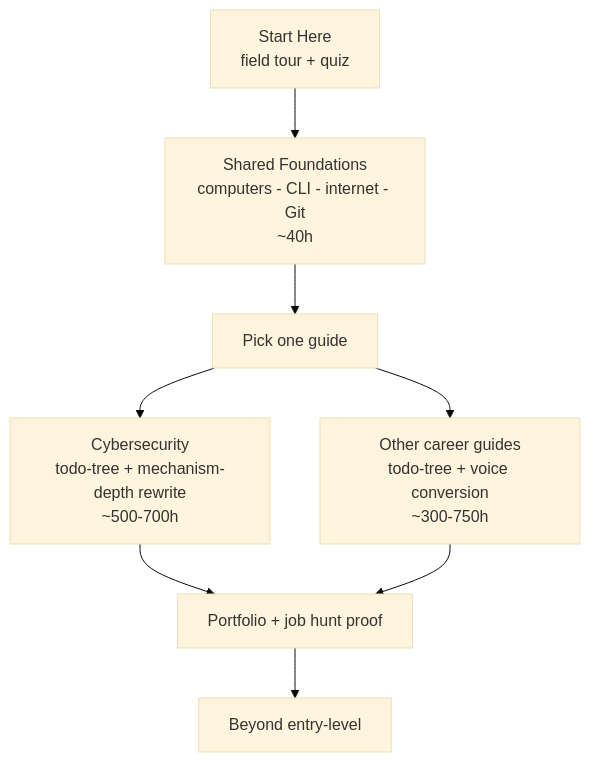
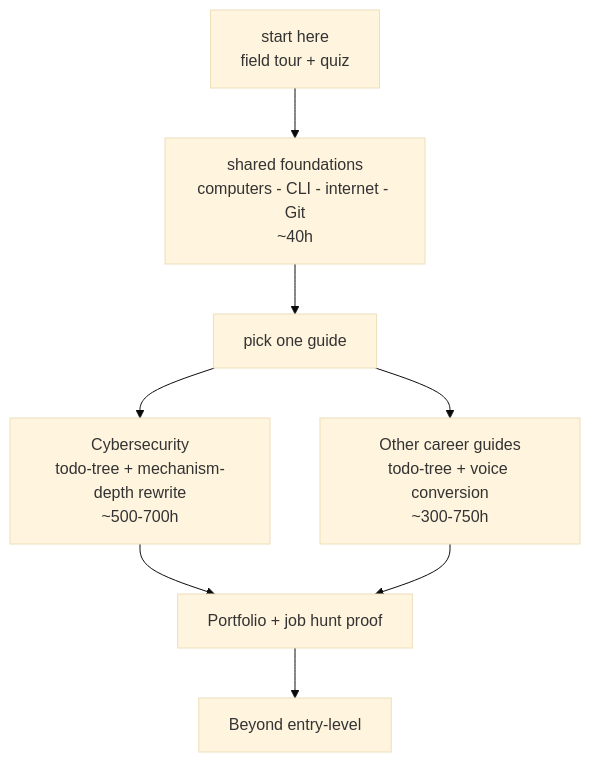
Before and after one commit to Kuuhakumu/project-87121gt626vsdfac: the diagram in README.md, drawn with Mermaid (base theme). The commit also changed other lines of this file and 91 other files, not shown here.

````diff
--- a/README.md
+++ b/README.md
@@ -29,10 +29,10 @@
 ```mermaid
 graph TD
-    A[Start Here<br/>field tour + quiz] --> B[Shared Foundations<br/>computers - CLI - internet - Git<br/>~40h]
-    B --> C[Pick one guide]
+    A[start here<br/>field tour + quiz] --> B[shared foundations<br/>computers - CLI - internet - Git<br/>~40h]
+    B --> C[pick one guide]
     C --> D[Cybersecurity<br/>todo-tree + mechanism-depth rewrite<br/>~500-700h]
     C --> E[Other career guides<br/>todo-tree + voice conversion<br/>~300-750h]
     D --> F[Portfolio + job hunt proof]
     E --> F
     F --> G[Beyond entry-level]
 ```
````
